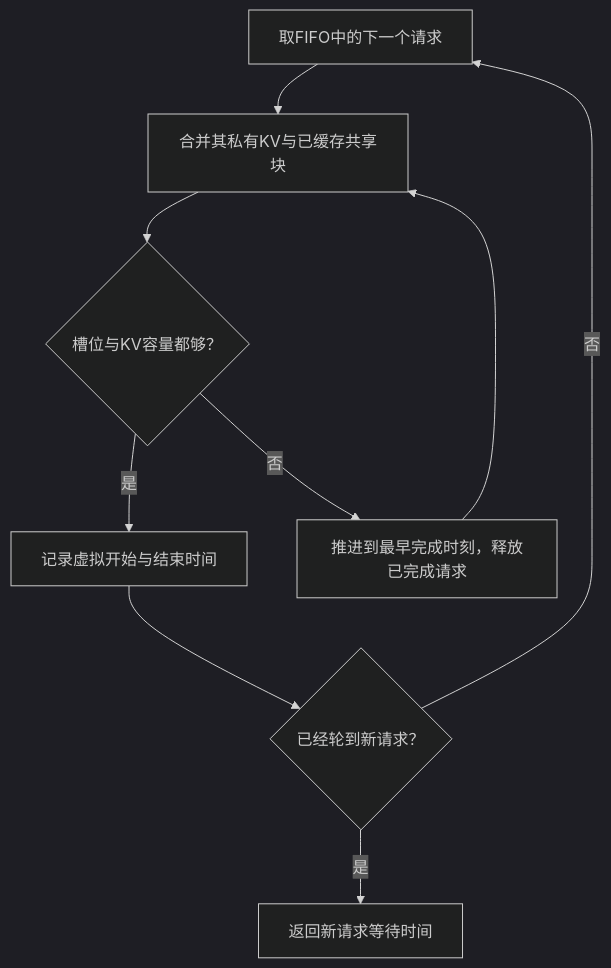
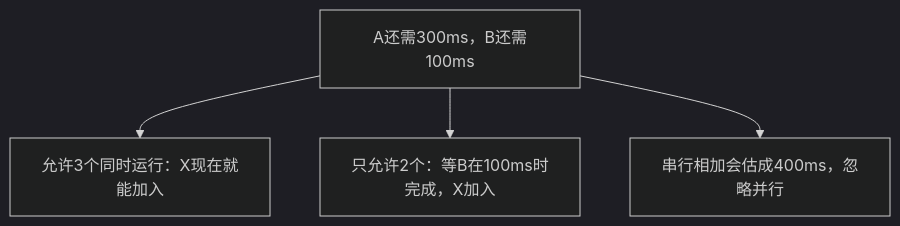
Diagram 17 of 33 in Documents_xxy/20261019最终面试向理解文档.md (emprorsky/vllm_xxy), drawn with Mermaid (dark theme) before and after one commit. The commit also changed other lines of this file, not shown here.

````diff
--- a/Documents_xxy/20261019最终面试向理解文档.md
+++ b/Documents_xxy/20261019最终面试向理解文档.md
@@ -634,11 +770,6 @@
 ```mermaid
 flowchart TB
-    A["取FIFO中的下一个请求"] --> B["合并其私有KV与已缓存共享块"]
-    B --> C{"槽位与KV容量都够？"}
-    C -->|"是"| D["记录虚拟开始与结束时间"]
-    D --> E{"已经轮到新请求？"}
-    E -->|"否"| A
-    E -->|"是"| F["返回新请求等待时间"]
-    C -->|"否"| G["推进到最早完成时刻，释放已完成请求"]
-    G --> B
+    A["A还需300ms，B还需100ms"] --> B["允许3个同时运行：X现在就能加入"]
+    A --> C["只允许2个：等B在100ms时完成，X加入"]
+    A --> D["串行相加会估成400ms，忽略并行"]
 ```
````
